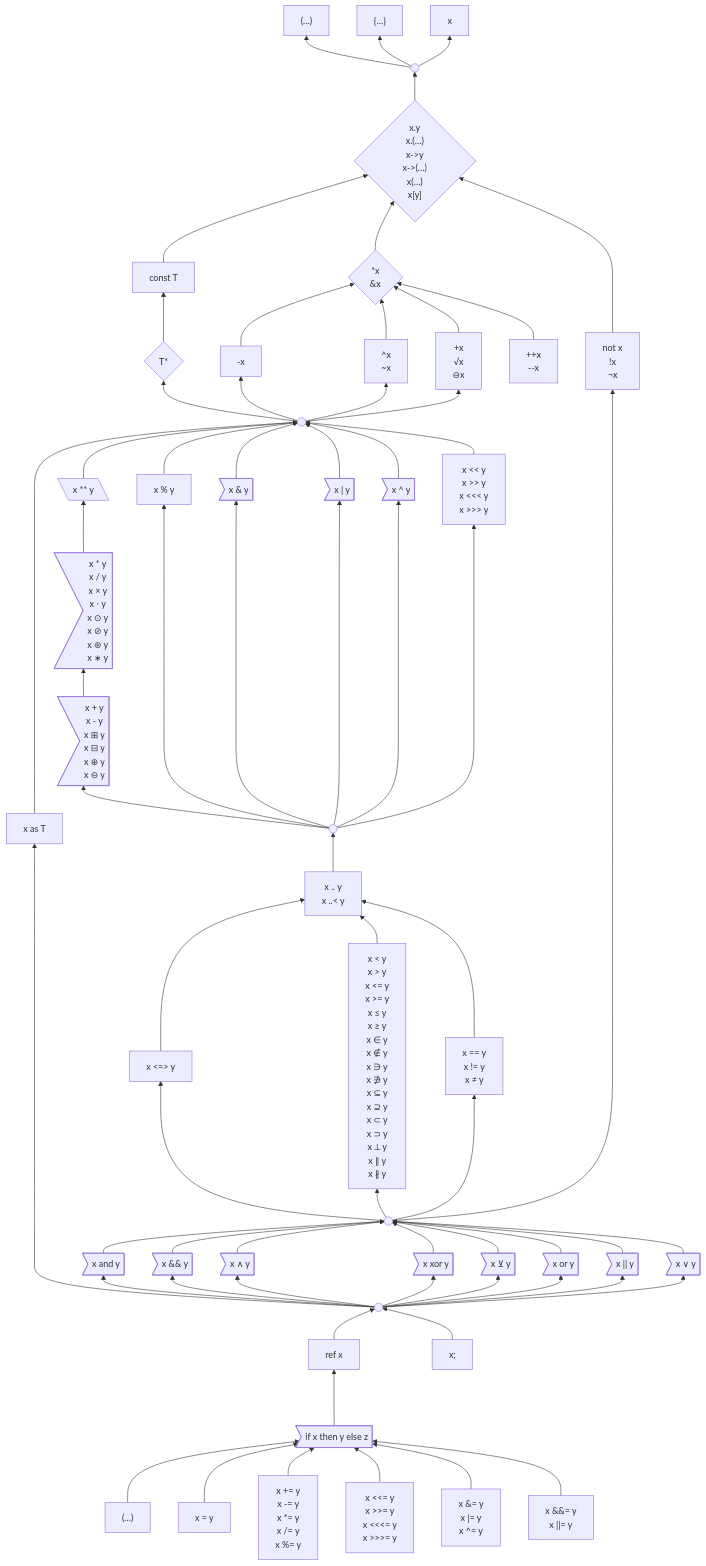
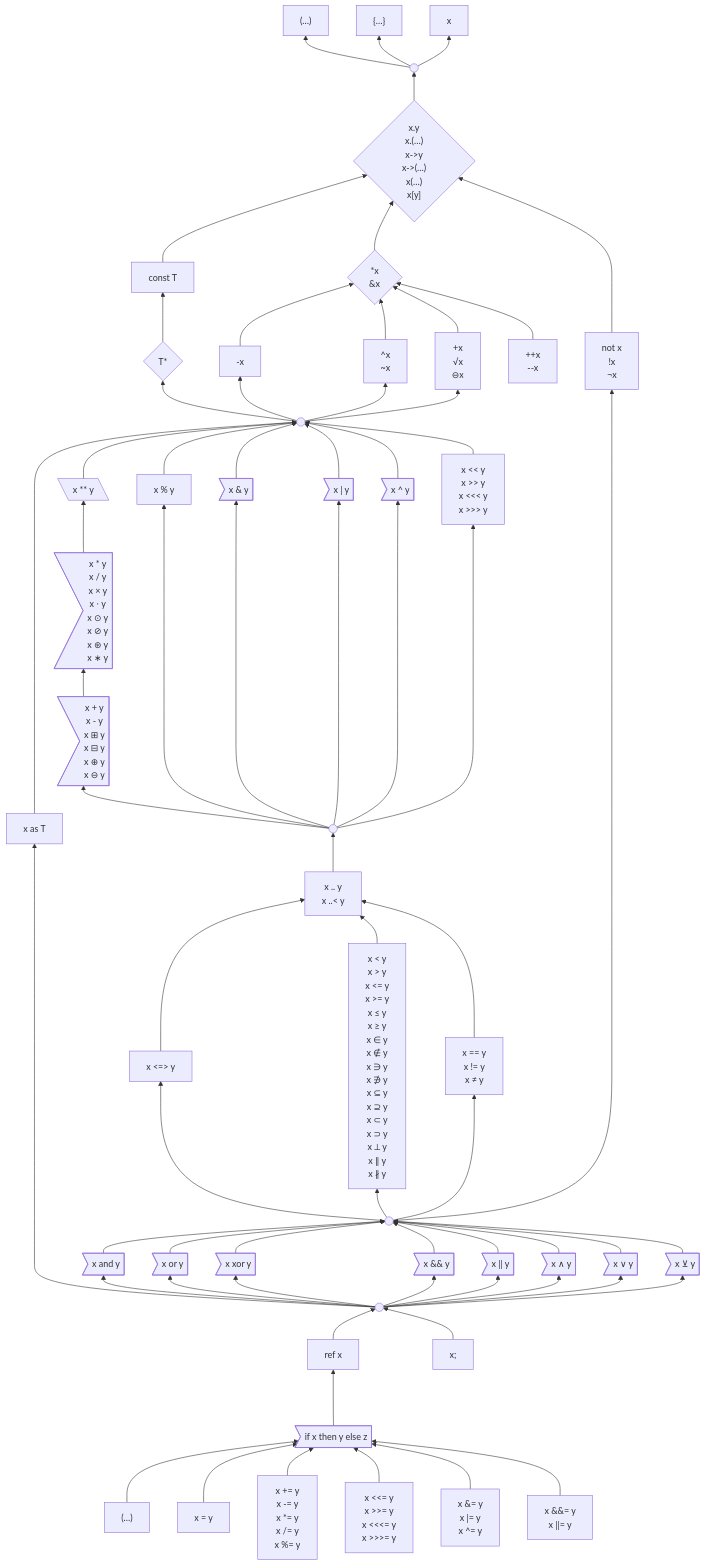
Before and after one commit to laro/Cilia: the first of 2 diagrams in 6 .../2 Unfinished Ideas.md, drawn with Mermaid.

Commit message:
Update 2 Unfinished Ideas.md

```diff
--- a/6 .../2 Unfinished Ideas.md
+++ b/6 .../2 Unfinished Ideas.md
@@ -340,7 +340,7 @@
     classDef hidden display: none;
     HIDDEN:::hidden ~~~ logicalOperand
 
-    and & andAmp & andSym & xor & xorSym & or & orAmp & orSym --> logicalOperand
+    and & or & xor & andAmp & orAmp & andSym & orSym & xorSym --> logicalOperand
     logicalExpression --> as & and & andAmp & andSym & xor & xorSym & or & orAmp & orSym
     ref & expressionStatement --> logicalExpression
     if ---> ref
```
